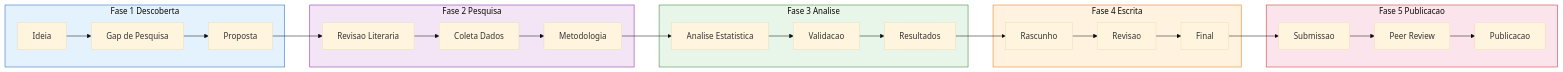
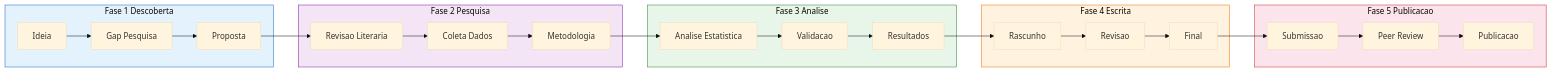
One commit to MarceloClaro/opencode-ecosystem-core changed diagram 14 of 22 in README.md. Above: the diagram before and after it, drawn with Mermaid (base theme). The commit also changed other lines of this file, not shown here.

First line of the commit message:
feat(docs): fix flowcharts, add themes, translate datasets to Portuguese

````diff
--- a/README.md
+++ b/README.md
@@ -885,44 +825,44 @@
 ```mermaid
 flowchart LR
-    subgraph F1 ["Fase 1 Descoberta"]
-        I["Ideia"]
-        G["Gap de Pesquisa"]
-        P["Proposta"]
+    subgraph F1[Fase 1 Descoberta]
+        I[Ideia]
+        G[Gap Pesquisa]
+        P[Proposta]
     end
 
-    subgraph F2 ["Fase 2 Pesquisa"]
-        L["Revisao Literaria"]
-        E["Coleta Dados"]
-        M["Metodologia"]
+    subgraph F2[Fase 2 Pesquisa]
+        L[Revisao Literaria]
+        E[Coleta Dados]
+        M[Metodologia]
     end
 
-    subgraph F3 ["Fase 3 Analise"]
-        A["Analise Estatistica"]
-        V["Validacao"]
-        R["Resultados"]
+    subgraph F3[Fase 3 Analise]
+        A[Analise Estatistica]
+        V[Validacao]
+        R[Resultados]
     end
 
-    subgraph F4 ["Fase 4 Escrita"]
-        D["Rascunho"]
-        REV["Revisao"]
-        F["Final"]
+    subgraph F4[Fase 4 Escrita]
+        D[Rascunho]
+        REV[Revisao]
+        F[Final]
     end
 
-    subgraph F5 ["Fase 5 Publicacao"]
-        SUB["Submissao"]
-        PR["Peer Review"]
-        PUB["Publicacao"]
+    subgraph F5[Fase 5 Publicacao]
+        SUB[Submissao]
+        PR[Peer Review]
+        PUB[Publicacao]
     end
 
     I --> G --> P
     P --> L --> E --> M
     M --> A --> V --> R
     R --> D --> REV --> F
     F --> SUB --> PR --> PUB
 
     style F1 fill:#e3f2fd,stroke:#1565c0
     style F2 fill:#f3e5f5,stroke:#7b1fa2
     style F3 fill:#e8f5e9,stroke:#2e7d32
     style F4 fill:#fff3e0,stroke:#ef6c00
     style F5 fill:#fce4ec,stroke:#c62828
 ```
````
